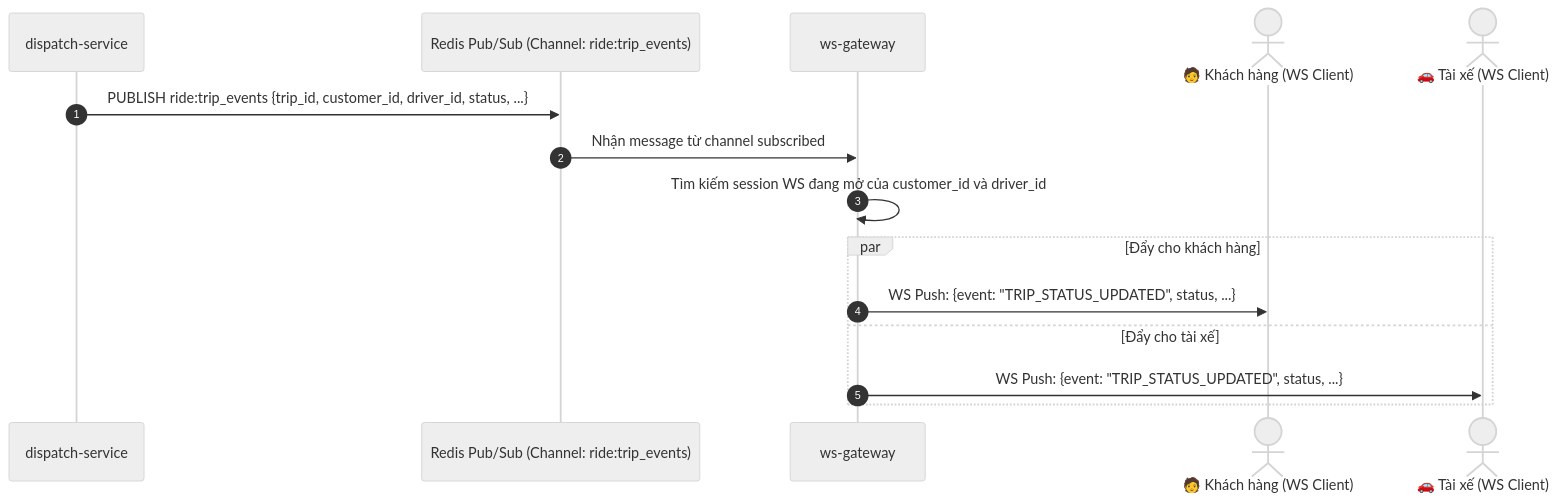
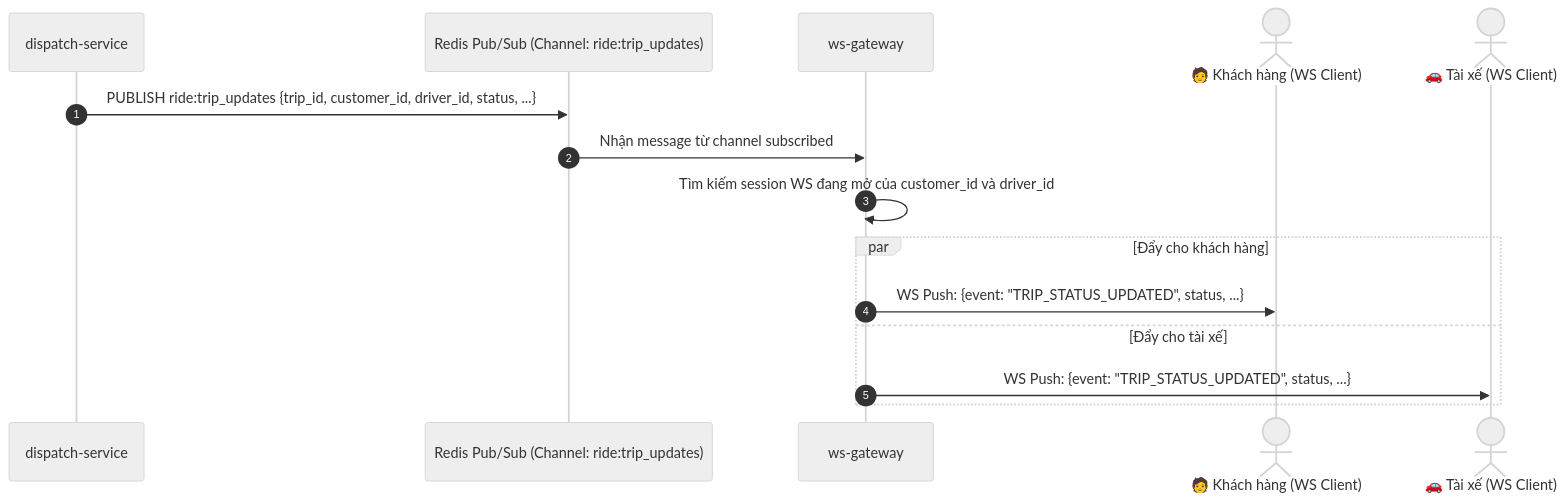
Before and after one commit to HaiTrieu186/JB-IOC-PTHB251125_BE105_Devops_Ride_Hailling: the second of 3 diagrams in docs/02-use-cases/uc-02-dinh-vi.md, drawn with Mermaid (neutral theme). The commit also changed other lines of this file and 1 other file, not shown here.

````diff
--- a/docs/02-use-cases/uc-02-dinh-vi.md
+++ b/docs/02-use-cases/uc-02-dinh-vi.md
@@ -38,18 +39,18 @@
 ```mermaid
 sequenceDiagram
     autonumber
     participant DispatchSvc as dispatch-service
-    participant RedisPubSub as Redis Pub/Sub (Channel: ride:trip_events)
+    participant RedisPubSub as Redis Pub/Sub (Channel: ride:trip_updates)
     participant WSGateway as ws-gateway
     actor Customer as 🧑 Khách hàng (WS Client)
     actor Driver as 🚗 Tài xế (WS Client)
 
-    DispatchSvc->>RedisPubSub: PUBLISH ride:trip_events {trip_id, customer_id, driver_id, status, ...}
+    DispatchSvc->>RedisPubSub: PUBLISH ride:trip_updates {trip_id, customer_id, driver_id, status, ...}
     RedisPubSub->>WSGateway: Nhận message từ channel subscribed
     WSGateway->>WSGateway: Tìm kiếm session WS đang mở của customer_id và driver_id
     par Đẩy cho khách hàng
         WSGateway->>Customer: WS Push: {event: "TRIP_STATUS_UPDATED", status, ...}
     and Đẩy cho tài xế
         WSGateway->>Driver: WS Push: {event: "TRIP_STATUS_UPDATED", status, ...}
     end
 ```
````
